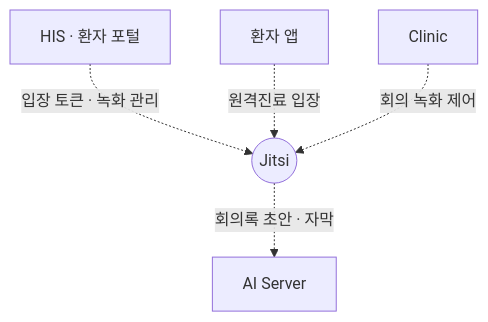
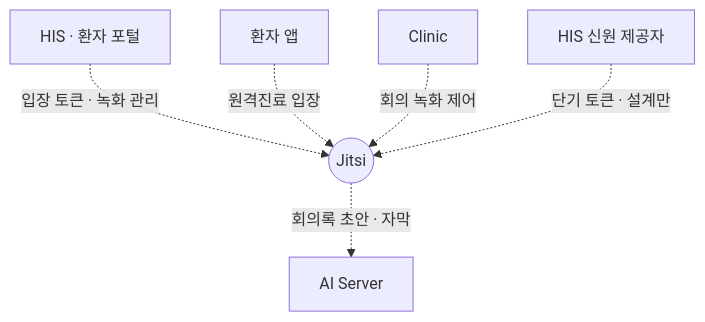
Before and after one commit to seanshin/werub-his-ecosystem: the second of 2 diagrams in projects/jitsi.md, drawn with Mermaid. The commit also changed other lines of this file and 15 other files, not shown here.

````diff
--- a/projects/jitsi.md
+++ b/projects/jitsi.md
@@ -133,8 +138,9 @@
 ```mermaid
 flowchart TB
   JI(("Jitsi"))
   HIS["HIS · 환자 포털"] -.->|"입장 토큰 · 녹화 관리"| JI
   APP["환자 앱"] -.->|"원격진료 입장"| JI
   CL["Clinic"] -.->|"회의 녹화 제어"| JI
   JI -.->|"회의록 초안 · 자막"| AI["AI Server"]
+  IDP["HIS 신원 제공자"] -.->|"단기 토큰 · 설계만"| JI
 ```
````
